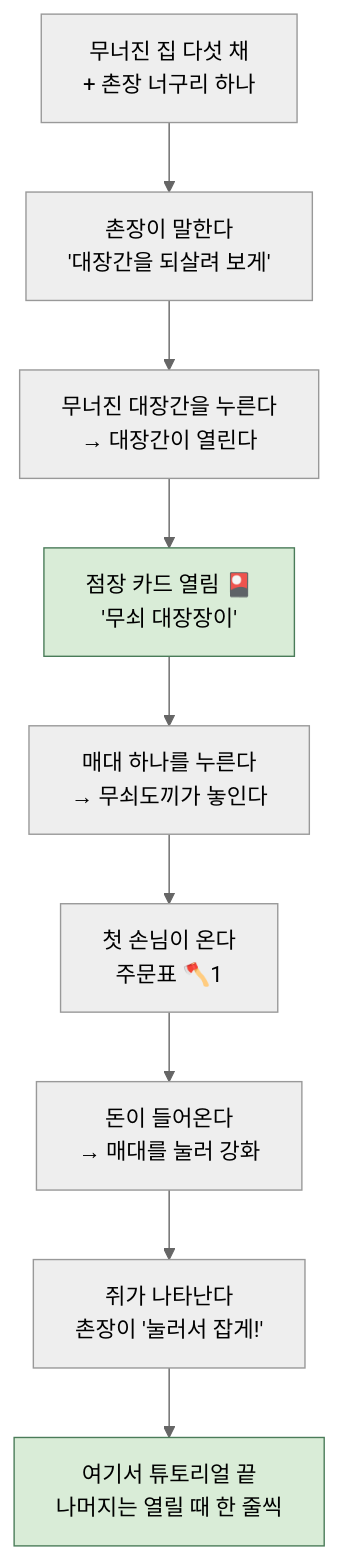
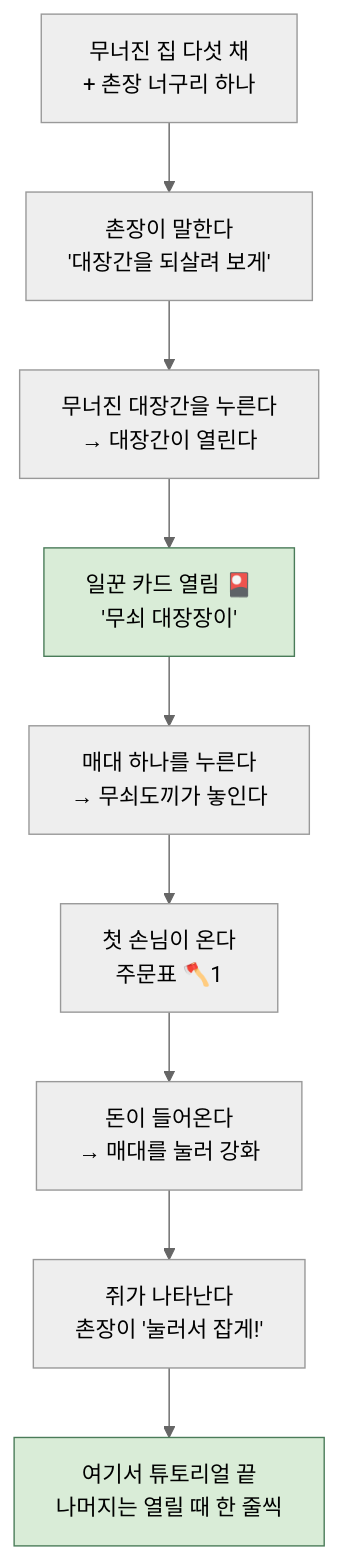
The second of 7 diagrams in FLOW.md (nonexpertchassi-creator/raccoon-hollow), drawn with Mermaid (neutral theme) before and after one commit. The commit also changed other lines of this file and 32 other files, not shown here.

````diff
--- a/FLOW.md
+++ b/FLOW.md
@@ -29,13 +29,13 @@
 ```mermaid
 flowchart TD
     A["무너진 집 다섯 채<br/>+ 촌장 너구리 하나"] --> B["촌장이 말한다<br/>'대장간을 되살려 보게'"]
     B --> C["무너진 대장간을 누른다<br/>→ 대장간이 열린다"]
-    C --> D["점장 카드 열림 🎴<br/>'무쇠 대장장이'"]
+    C --> D["일꾼 카드 열림 🎴<br/>'무쇠 대장장이'"]
     D --> E["매대 하나를 누른다<br/>→ 무쇠도끼가 놓인다"]
     E --> F["첫 손님이 온다<br/>주문표 🪓1"]
     F --> G["돈이 들어온다<br/>→ 매대를 눌러 강화"]
     G --> H["쥐가 나타난다<br/>촌장이 '눌러서 잡게!'"]
     H --> I["여기서 튜토리얼 끝<br/>나머지는 열릴 때 한 줄씩"]
     style D fill:#d9ecd7,stroke:#4a7c59
     style I fill:#d9ecd7,stroke:#4a7c59
 ```
````
